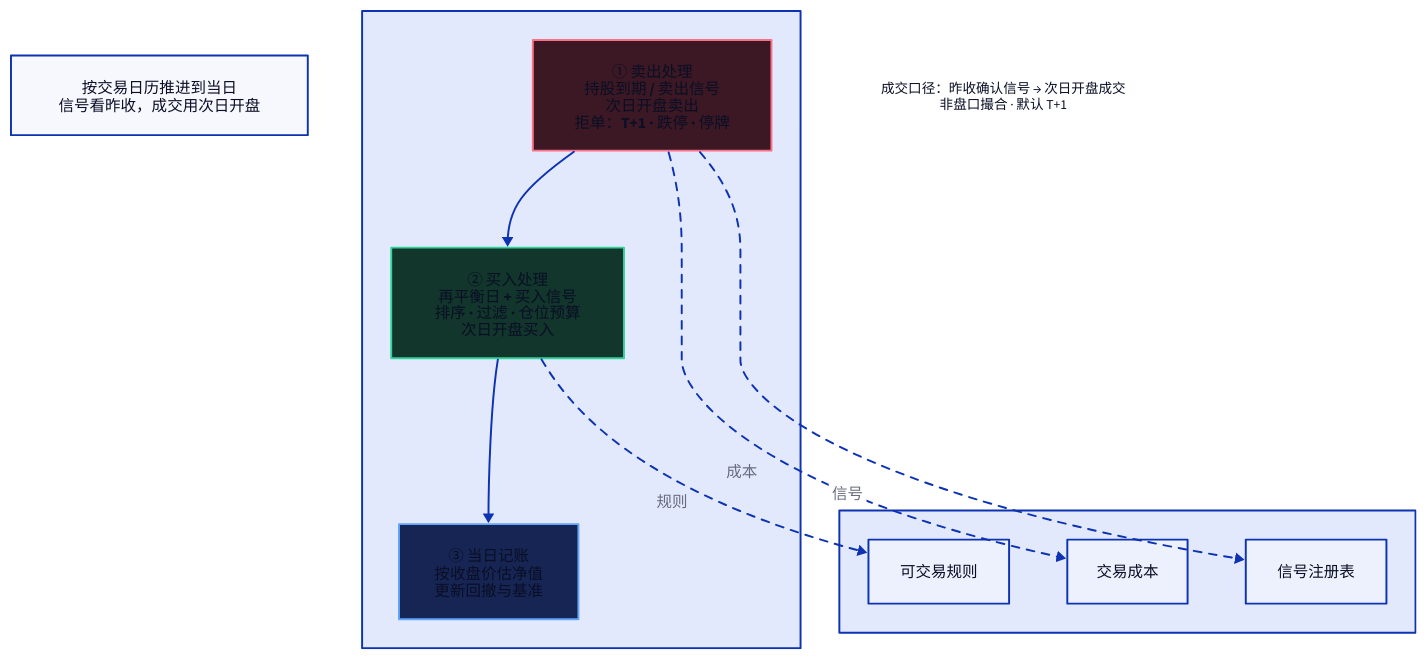
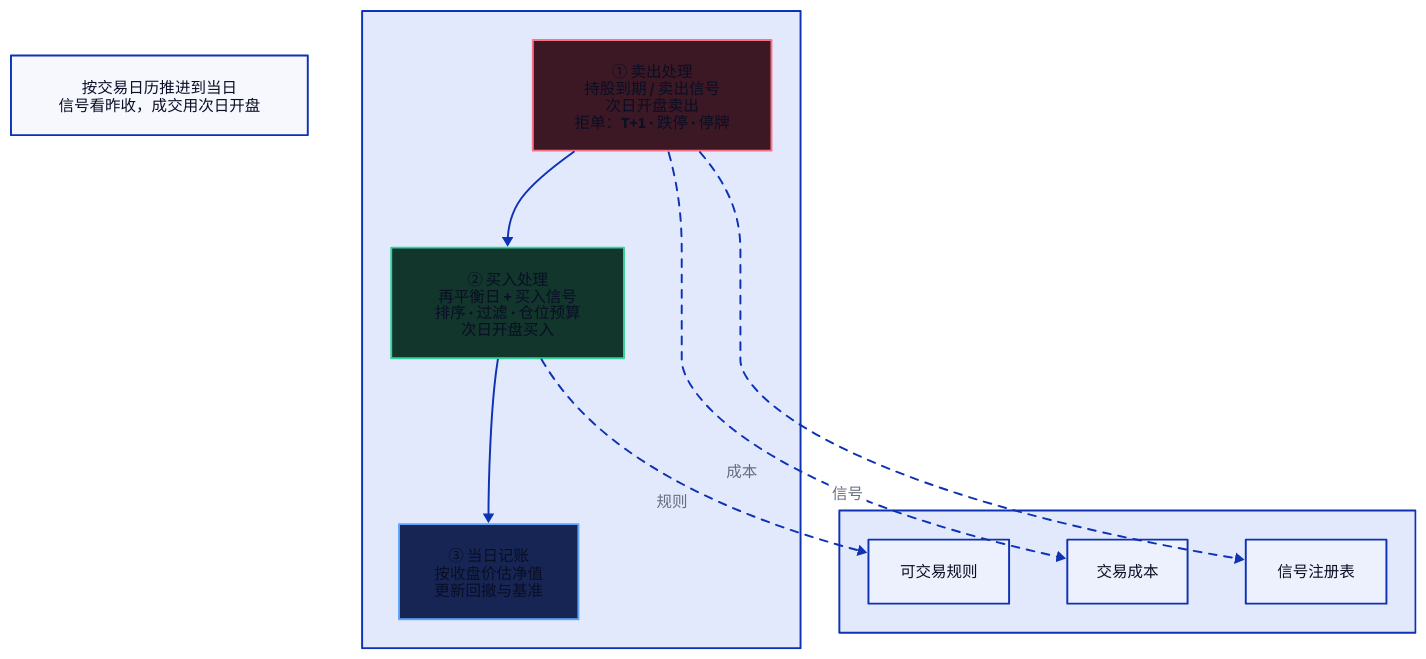
One commit to Saka9527/gaoneng-quant changed the diagram in diagrams/d2/day-loop.d2. Above: the diagram before and after it, drawn with D2. The commit also changed 2 other files, not shown here.

```diff
--- a/diagrams/d2/day-loop.d2
+++ b/diagrams/d2/day-loop.d2
@@ -1,38 +1,33 @@
 direction: down
 
 header: "按交易日历推进到当日\n信号看昨收，成交用次日开盘" {
   style.font-size: 16
 }
 
 loop: "" {
   direction: right
   sell: "① 卖出处理\n持股到期 / 卖出信号\n次日开盘卖出\n拒单：T+1 · 跌停 · 停牌" {
     style.fill: "#3b1824"
     style.stroke: "#fb7185"
   }
   buy: "② 买入处理\n再平衡日 + 买入信号\n排序 · 过滤 · 仓位预算\n次日开盘买入" {
     style.fill: "#12352c"
     style.stroke: "#34d399"
   }
   mark: "③ 当日记账\n按收盘价估净值\n更新回撤与基准" {
     style.fill: "#172554"
     style.stroke: "#60a5fa"
   }
   sell -> buy -> mark
 }
 
 rules: "" {
   direction: right
   cost: "交易成本"
   market: "可交易规则"
   catalog: "信号注册表"
 }
 
 loop.sell -> rules.cost: 成本 {style.stroke-dash: 4}
 loop.buy -> rules.market: 规则 {style.stroke-dash: 4}
 loop.sell -> rules.catalog: 信号 {style.stroke-dash: 4}
-
-footer: "成交口径：昨收确认信号 → 次日开盘成交\n非盘口撮合 · 默认 T+1" {
-  shape: text
-  style.font-size: 14
-}
```
